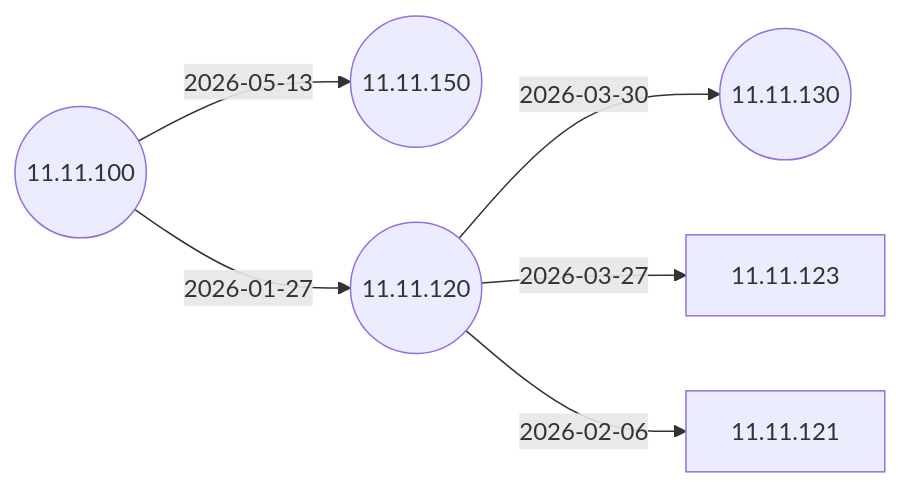
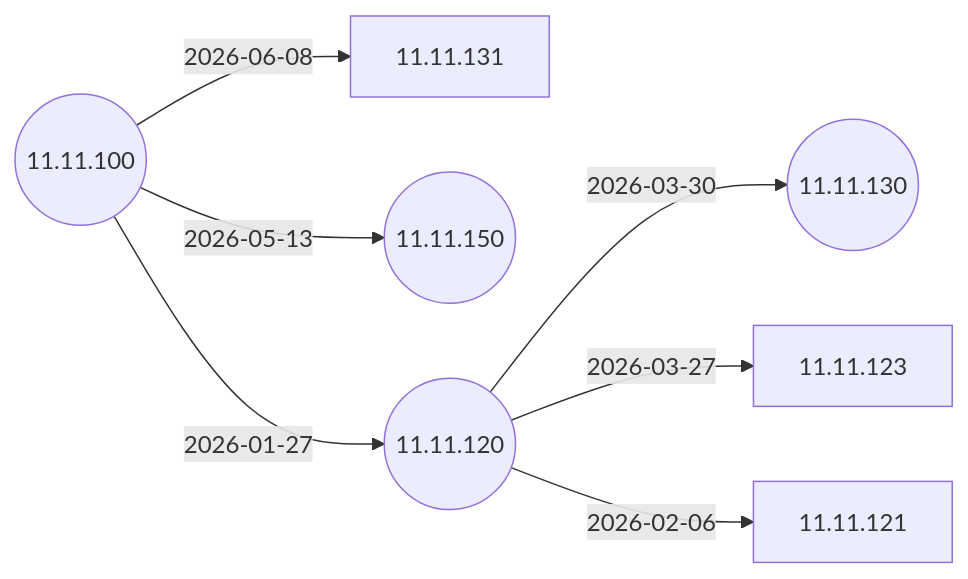
One commit to IGEL-Community/IGEL-Docs-v02 changed the second of 7 diagrams in docs/Docs/ReleaseNotes/01-OS11/README.md. Above: the diagram before and after it, drawn with Mermaid. The commit also changed 2 other files, not shown here.

Commit message:
11.11.131 from 11.11.100 11.11.131 from 11.11.100

````diff
--- a/docs/Docs/ReleaseNotes/01-OS11/README.md
+++ b/docs/Docs/ReleaseNotes/01-OS11/README.md
@@ -42,15 +42,17 @@
 ```mermaid
 flowchart LR
+    11.11.100-- 2026-06-08 -->11.11.131
     11.11.100-- 2026-05-13 -->11.11.150((11.11.150))
     11.11.120-- 2026-03-30 -->11.11.130((11.11.130))
     11.11.120-- 2026-03-27 -->11.11.123
     11.11.120-- 2026-02-06 -->11.11.121
     11.11.100-- 2026-01-27 -->11.11.120((11.11.120))
     11.11.100((11.11.100))
+    click 11.11.131 "https://github.com/IGEL-Community/IGEL-Docs-v02/tree/main/docs/Docs/ReleaseNotes/01-OS11/readme11.11.131.txt" _blank
     click 11.11.150 "https://github.com/IGEL-Community/IGEL-Docs-v02/tree/main/docs/Docs/ReleaseNotes/01-OS11/readme11.11.150.txt" _blank
     click 11.11.130 "https://github.com/IGEL-Community/IGEL-Docs-v02/tree/main/docs/Docs/ReleaseNotes/01-OS11/readme11.11.130.txt" _blank
     click 11.11.123 "https://github.com/IGEL-Community/IGEL-Docs-v02/tree/main/docs/Docs/ReleaseNotes/01-OS11/readme11.11.123.txt" _blank
     click 11.11.121 "https://github.com/IGEL-Community/IGEL-Docs-v02/tree/main/docs/Docs/ReleaseNotes/01-OS11/readme11.11.121.txt" _blank
     click 11.11.120 "https://github.com/IGEL-Community/IGEL-Docs-v02/tree/main/docs/Docs/ReleaseNotes/01-OS11/readme11.11.120.txt" _blank
     click 11.11.100 "https://github.com/IGEL-Community/IGEL-Docs-v02/tree/main/docs/Docs/ReleaseNotes/01-OS11/readme11.11.100.txt" _blank
 ```
````
